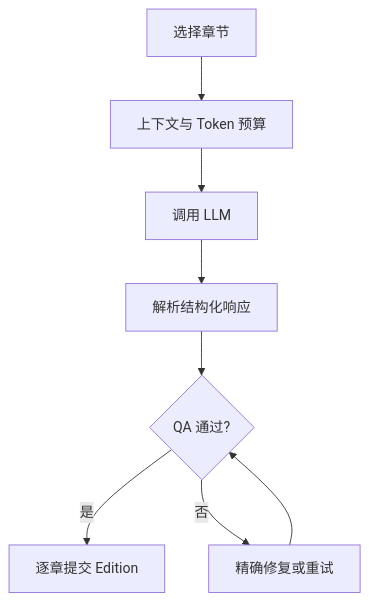
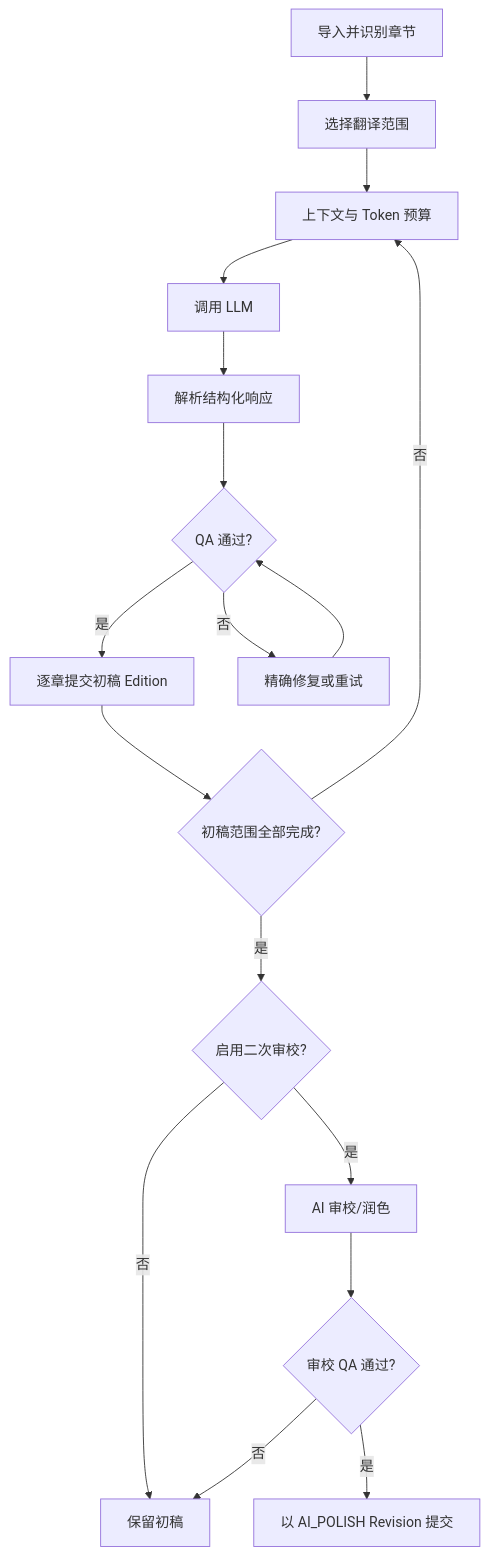
One commit to breakyuna/LightNovelTranslator changed the second of 2 diagrams in README.md. Above: the diagram before and after it, drawn with Mermaid. The commit also changed other lines of this file and 17 other files, not shown here.

````diff
--- a/README.md
+++ b/README.md
@@ -57,10 +58,19 @@
 ```mermaid
 flowchart TD
-    A[选择章节] --> B[上下文与 Token 预算]
-    B --> C[调用 LLM]
-    C --> D[解析结构化响应]
-    D --> E{QA 通过?}
-    E -- 是 --> F[逐章提交 Edition]
-    E -- 否 --> G[精确修复或重试]
-    G --> E
+    A[导入并识别章节] --> B[选择翻译范围]
+    B --> C[上下文与 Token 预算]
+    C --> D[调用 LLM]
+    D --> E[解析结构化响应]
+    E --> F{QA 通过?}
+    F -- 是 --> G[逐章提交初稿 Edition]
+    F -- 否 --> H[精确修复或重试]
+    G --> I{初稿范围全部完成?}
+    I -- 否 --> C
+    I -- 是 --> J{启用二次审校?}
+    J -- 否 --> K[保留初稿]
+    J -- 是 --> L[AI 审校/润色]
+    L --> M{审校 QA 通过?}
+    M -- 是 --> N[以 AI_POLISH Revision 提交]
+    M -- 否 --> K
+    H --> F
 ```
````
